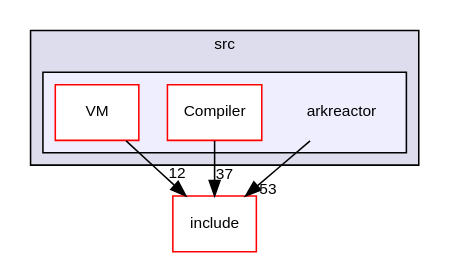
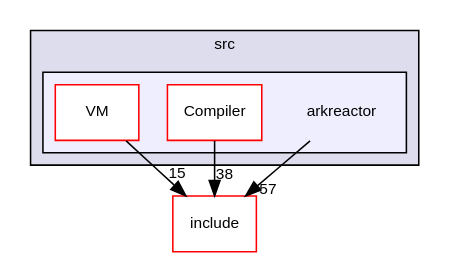
One commit to ArkScript-lang/old-website changed the diagram in docs/impl/dir_e0d450b481c7e7e5abacff9799e54b3d_dep.dot. Above: the diagram before and after it, drawn with Graphviz. The commit also changed 558 other files, not shown here.

```diff
--- a/docs/impl/dir_e0d450b481c7e7e5abacff9799e54b3d_dep.dot
+++ b/docs/impl/dir_e0d450b481c7e7e5abacff9799e54b3d_dep.dot
@@ -1,18 +1,18 @@
 digraph "C:/Users/folae/Documents/Code/Big-Projects/ArkScript/Ark/src/arkreactor" {
   compound=true
   node [ fontsize="10", fontname="Helvetica"];
   edge [ labelfontsize="10", labelfontname="Helvetica"];
   subgraph clusterdir_68267d1309a1af8e8297ef4c3efbcdba {
     graph [ bgcolor="#ddddee", pencolor="black", label="src" fontname="Helvetica", fontsize="10", URL="dir_68267d1309a1af8e8297ef4c3efbcdba.html"]
   subgraph clusterdir_e0d450b481c7e7e5abacff9799e54b3d {
     graph [ bgcolor="#eeeeff", pencolor="black", label="" URL="dir_e0d450b481c7e7e5abacff9799e54b3d.html"];
     dir_e0d450b481c7e7e5abacff9799e54b3d [shape=plaintext label="arkreactor"];
   dir_548d85becfdd8b4d1d64f6a452aea6ab [shape=box label="Compiler" fillcolor="white" style="filled" color="red" URL="dir_548d85becfdd8b4d1d64f6a452aea6ab.html"];
   dir_9600556d5cc28570e4ccd195a3befa41 [shape=box label="VM" fillcolor="white" style="filled" color="red" URL="dir_9600556d5cc28570e4ccd195a3befa41.html"];
   }
   }
   dir_d44c64559bbebec7f509842c48db8b23 [shape=box label="include" fillcolor="white" style="filled" color="red" URL="dir_d44c64559bbebec7f509842c48db8b23.html"];
-  dir_548d85becfdd8b4d1d64f6a452aea6ab->dir_d44c64559bbebec7f509842c48db8b23 [headlabel="37", labeldistance=1.5 headhref="dir_000013_000000.html"];
-  dir_9600556d5cc28570e4ccd195a3befa41->dir_d44c64559bbebec7f509842c48db8b23 [headlabel="12", labeldistance=1.5 headhref="dir_000019_000000.html"];
-  dir_e0d450b481c7e7e5abacff9799e54b3d->dir_d44c64559bbebec7f509842c48db8b23 [headlabel="53", labeldistance=1.5 headhref="dir_000012_000000.html"];
+  dir_548d85becfdd8b4d1d64f6a452aea6ab->dir_d44c64559bbebec7f509842c48db8b23 [headlabel="38", labeldistance=1.5 headhref="dir_000013_000000.html"];
+  dir_9600556d5cc28570e4ccd195a3befa41->dir_d44c64559bbebec7f509842c48db8b23 [headlabel="15", labeldistance=1.5 headhref="dir_000019_000000.html"];
+  dir_e0d450b481c7e7e5abacff9799e54b3d->dir_d44c64559bbebec7f509842c48db8b23 [headlabel="57", labeldistance=1.5 headhref="dir_000012_000000.html"];
 }
```
